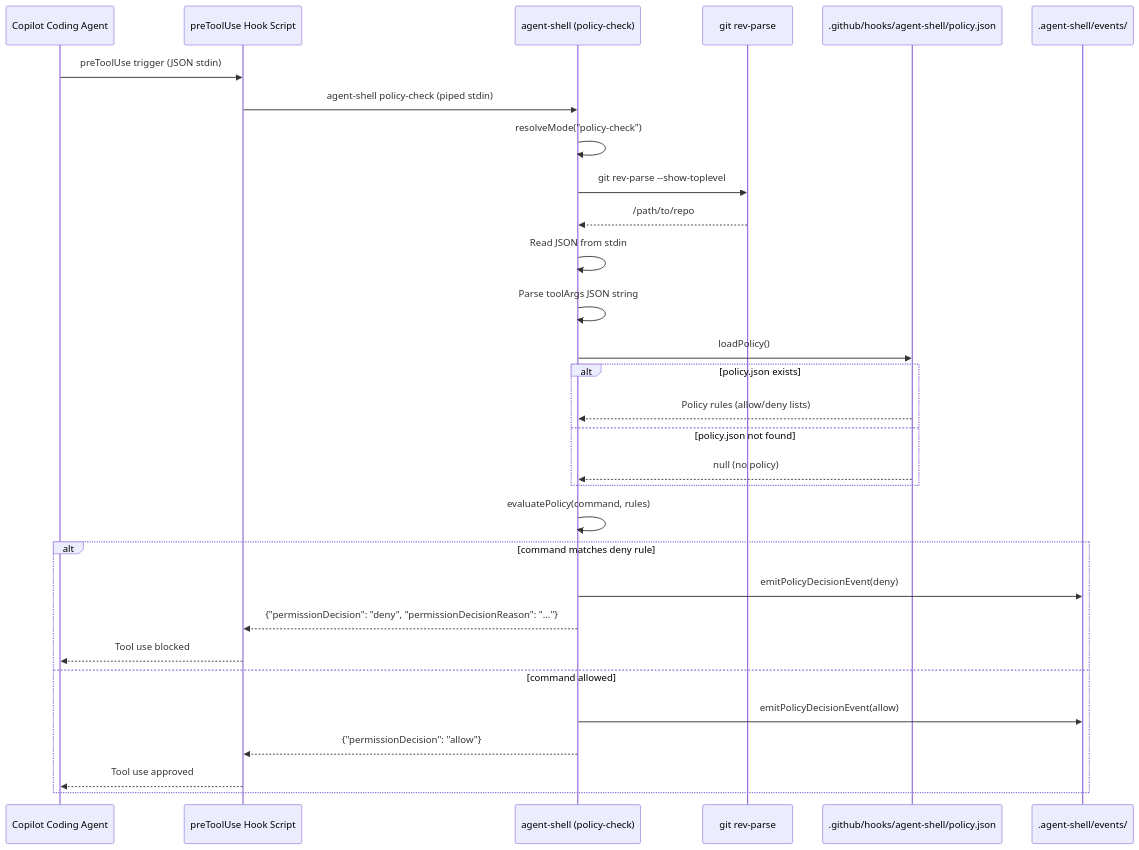
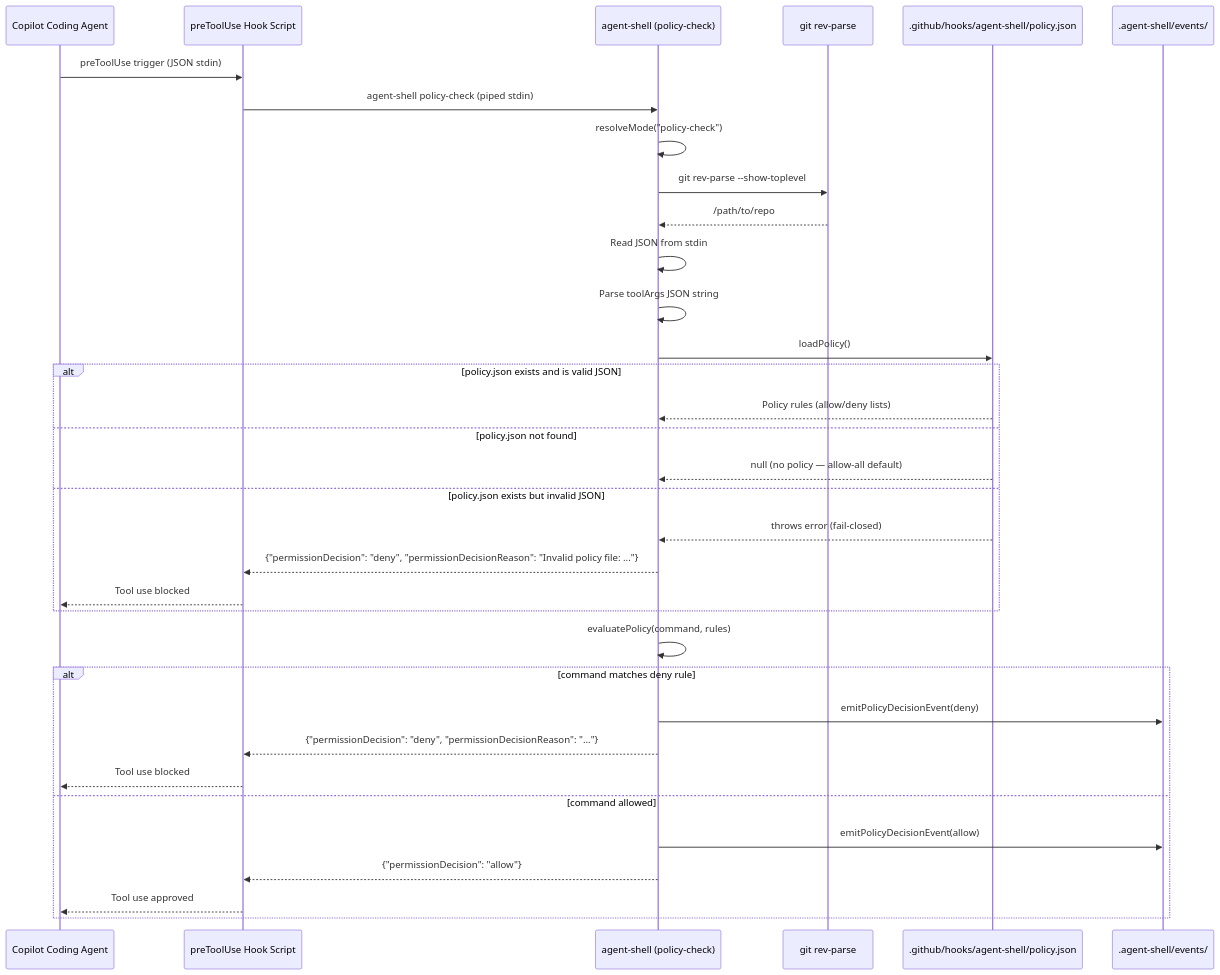
One commit to zpratt/lousy-agents changed the second of 2 diagrams in .github/specs/agent-shell-pre-tool-use-hook.spec.md. Above: the diagram before and after it, drawn with Mermaid. The commit also changed other lines of this file, not shown here.

````diff
--- a/.github/specs/agent-shell-pre-tool-use-hook.spec.md
+++ b/.github/specs/agent-shell-pre-tool-use-hook.spec.md
@@ -244,36 +251,40 @@
 ```mermaid
 sequenceDiagram
     participant Agent as Copilot Coding Agent
     participant Hook as preToolUse Hook Script
     participant AS as agent-shell (policy-check)
     participant Git as git rev-parse
     participant Policy as .github/hooks/agent-shell/policy.json
     participant Events as .agent-shell/events/
 
     Agent->>Hook: preToolUse trigger (JSON stdin)
     Hook->>AS: agent-shell policy-check (piped stdin)
     AS->>AS: resolveMode("policy-check")
     AS->>Git: git rev-parse --show-toplevel
     Git-->>AS: /path/to/repo
     AS->>AS: Read JSON from stdin
     AS->>AS: Parse toolArgs JSON string
     AS->>Policy: loadPolicy()
 
-    alt policy.json exists
+    alt policy.json exists and is valid JSON
         Policy-->>AS: Policy rules (allow/deny lists)
     else policy.json not found
-        Policy-->>AS: null (no policy)
+        Policy-->>AS: null (no policy — allow-all default)
+    else policy.json exists but invalid JSON
+        Policy-->>AS: throws error (fail-closed)
+        AS-->>Hook: {"permissionDecision": "deny", "permissionDecisionReason": "Invalid policy file: ..."}
+        Hook-->>Agent: Tool use blocked
     end
 
     AS->>AS: evaluatePolicy(command, rules)
 
     alt command matches deny rule
         AS->>Events: emitPolicyDecisionEvent(deny)
         AS-->>Hook: {"permissionDecision": "deny", "permissionDecisionReason": "..."}
         Hook-->>Agent: Tool use blocked
     else command allowed
         AS->>Events: emitPolicyDecisionEvent(allow)
         AS-->>Hook: {"permissionDecision": "allow"}
         Hook-->>Agent: Tool use approved
     end
 ```
````
